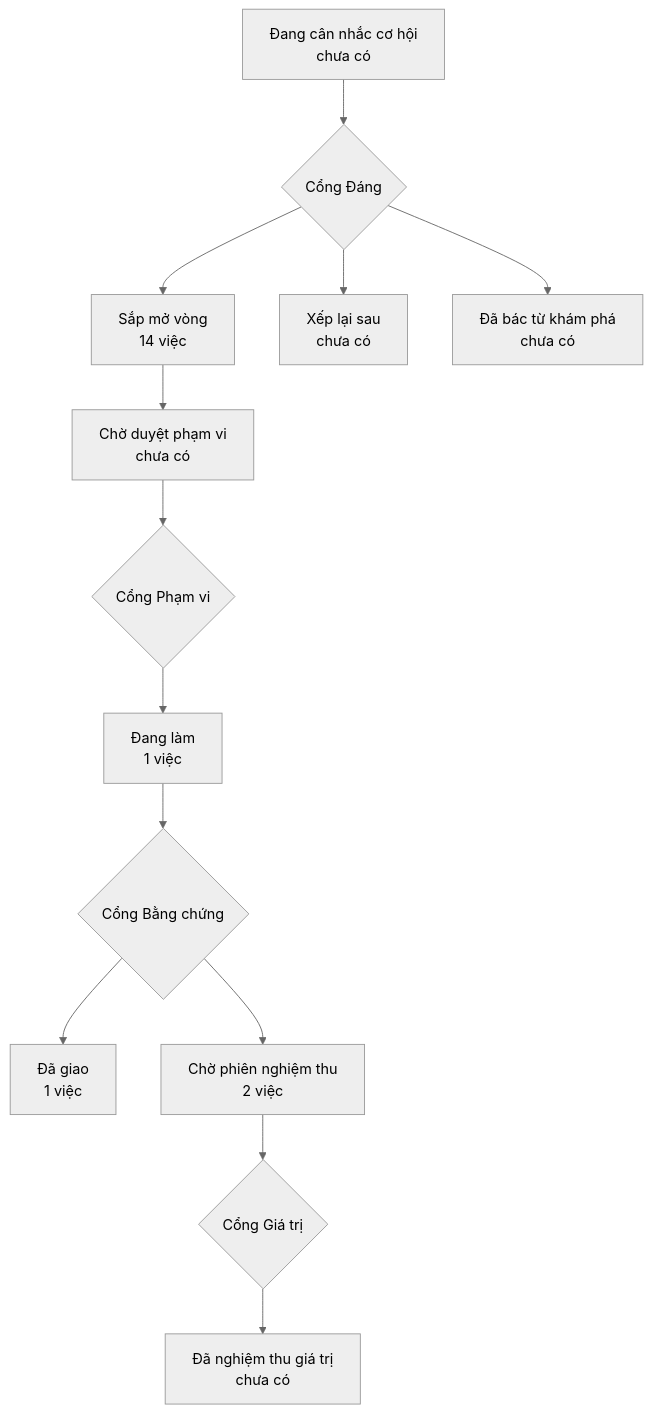
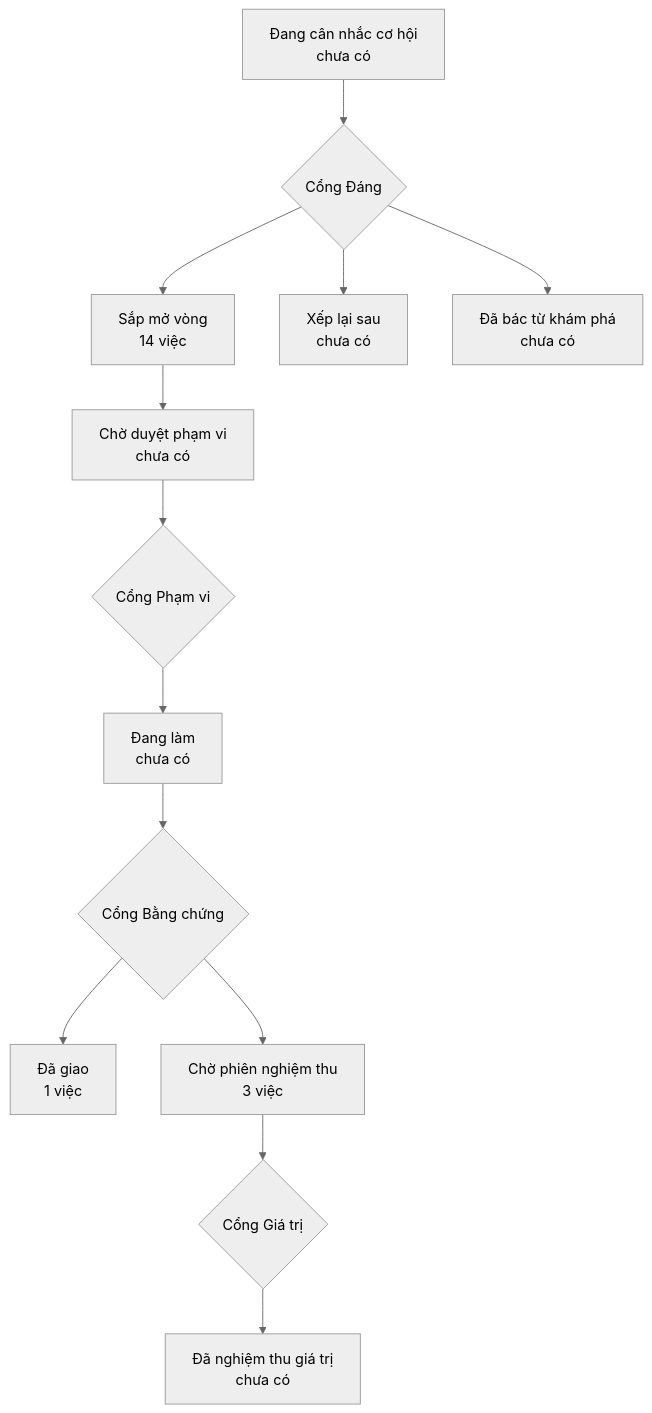
The diagram in PRODUCT-MAP.md (phanlemanh/onehub-inventory), drawn with Mermaid (neutral theme) before and after one commit. The commit also changed other lines of this file and 4 other files, not shown here.

````diff
--- a/PRODUCT-MAP.md
+++ b/PRODUCT-MAP.md
@@ -7,12 +7,12 @@
 ```mermaid
 flowchart TD
   A["Đang cân nhắc cơ hội<br/>chưa có"] --> GD{"Cổng Đáng"}
   GD --> B["Sắp mở vòng<br/>14 việc"]
   GD --> XL["Xếp lại sau<br/>chưa có"]
   GD --> DB["Đã bác từ khám phá<br/>chưa có"]
   B --> CD["Chờ duyệt phạm vi<br/>chưa có"] --> GP{"Cổng Phạm vi"}
-  GP --> DL["Đang làm<br/>1 việc"] --> GB{"Cổng Bằng chứng"}
+  GP --> DL["Đang làm<br/>chưa có"] --> GB{"Cổng Bằng chứng"}
   GB --> DG["Đã giao<br/>1 việc"]
-  GB --> CN["Chờ phiên nghiệm thu<br/>2 việc"] --> GG{"Cổng Giá trị"}
+  GB --> CN["Chờ phiên nghiệm thu<br/>3 việc"] --> GG{"Cổng Giá trị"}
   GG --> NT["Đã nghiệm thu giá trị<br/>chưa có"]
 ```
````
